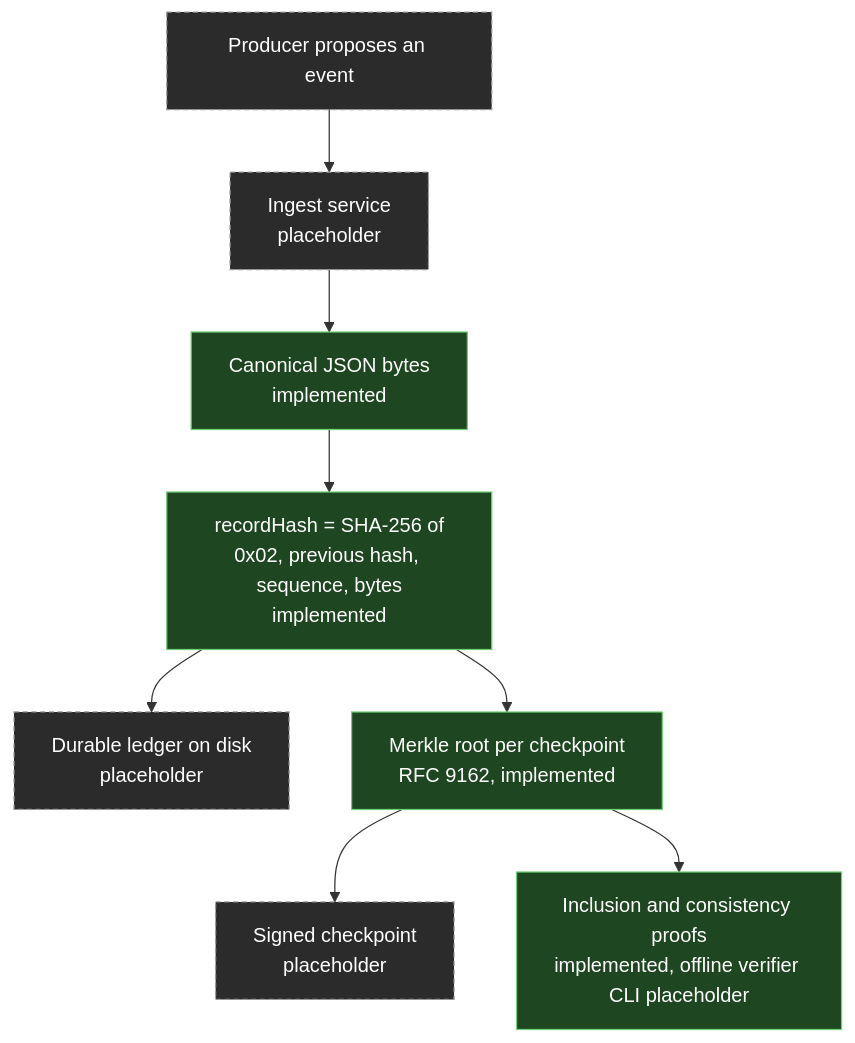
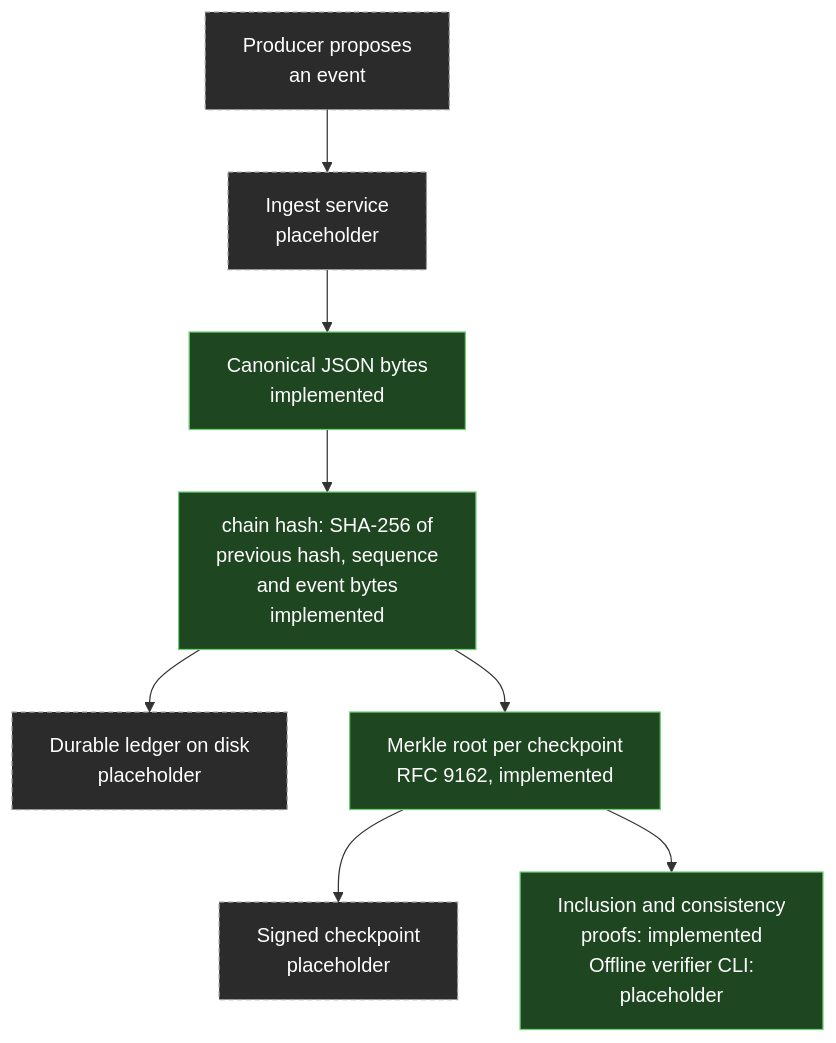
One commit to MacGuard/macguard-yara-channel changed the diagram in docs/wiki/diagrams/maccore-chain-merkle.mmd. Above: the diagram before and after it, drawn with Mermaid. The commit also changed 120 other files, not shown here.

```diff
--- a/docs/wiki/diagrams/maccore-chain-merkle.mmd
+++ b/docs/wiki/diagrams/maccore-chain-merkle.mmd
@@ -1,10 +1,10 @@
 flowchart TB
-  P["Producer proposes an event"]:::plan --> I["Ingest service<br/>placeholder"]:::plan
+  P["Producer proposes<br/>an event"]:::plan --> I["Ingest service<br/>placeholder"]:::plan
   I --> C["Canonical JSON bytes<br/>implemented"]:::done
-  C --> H["recordHash = SHA-256 of<br/>0x02, previous hash, sequence, bytes<br/>implemented"]:::done
+  C --> H["chain hash: SHA-256 of<br/>previous hash, sequence<br/>and event bytes<br/>implemented"]:::done
   H --> L["Durable ledger on disk<br/>placeholder"]:::plan
   H --> M["Merkle root per checkpoint<br/>RFC 9162, implemented"]:::done
   M --> S["Signed checkpoint<br/>placeholder"]:::plan
-  M --> V["Inclusion and consistency proofs<br/>implemented, offline verifier CLI placeholder"]:::done
+  M --> V["Inclusion and consistency<br/>proofs: implemented<br/>Offline verifier CLI:<br/>placeholder"]:::done
   classDef done fill:#1e4620,stroke:#6fcf73,color:#ffffff
   classDef plan fill:#2b2b2b,stroke:#999999,color:#ffffff,stroke-dasharray: 4 3
```
